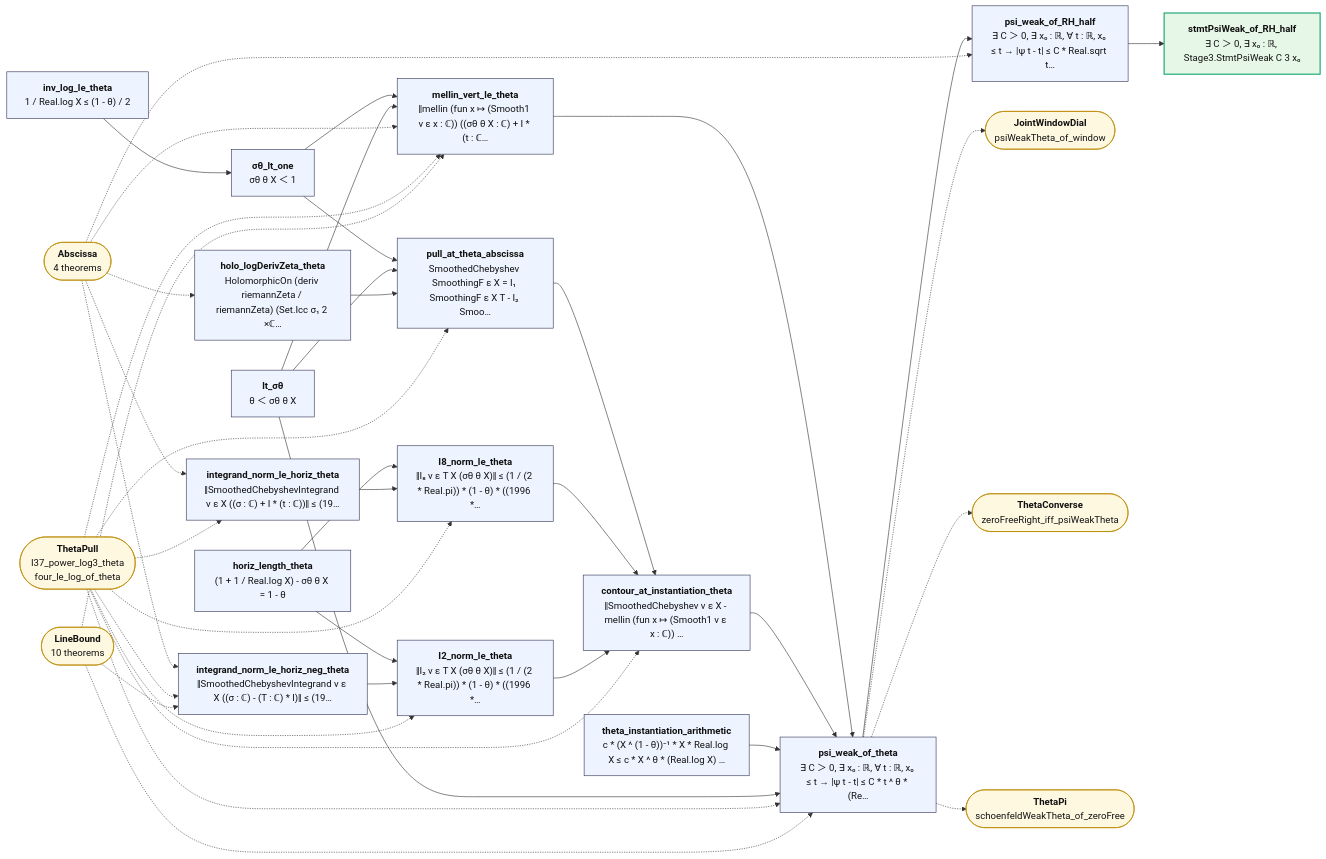
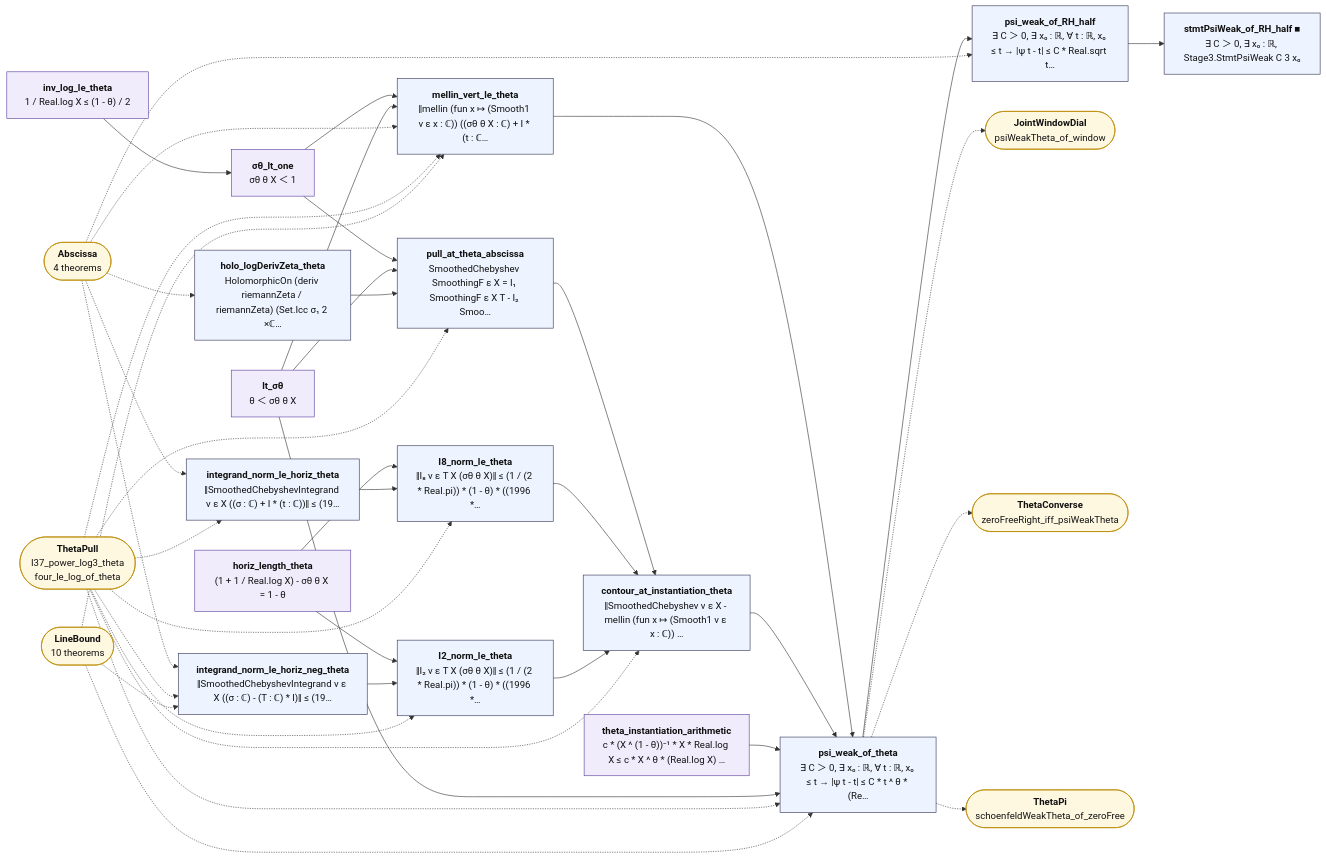
The diagram in map/lean_stage3/ThetaPsi.md (juliansambranojr/Primebeat_081426), drawn with Mermaid before and after one commit. The commit also changed other lines of this file and 398 other files, not shown here.

````diff
--- a/map/lean_stage3/ThetaPsi.md
+++ b/map/lean_stage3/ThetaPsi.md
@@ -12,68 +12,71 @@
 ```mermaid
 flowchart LR
-  n0["<b>inv_log_le_theta</b><br/>1 / Real.log X ≤ (1 - θ) / 2"]:::thm
-  n1["<b>σθ_lt_one</b><br/>σθ θ X ＜ 1"]:::thm
-  n2["<b>lt_σθ</b><br/>θ ＜ σθ θ X"]:::thm
-  n3["<b>horiz_length_theta</b><br/>(1 + 1 / Real.log X) - σθ θ X = 1 - θ"]:::thm
+  n0["<b>inv_log_le_theta</b><br/>1 / Real.log X ≤ (1 - θ) / 2"]:::shp
+  n1["<b>σθ_lt_one</b><br/>σθ θ X ＜ 1"]:::shp
+  n2["<b>lt_σθ</b><br/>θ ＜ σθ θ X"]:::shp
+  n3["<b>horiz_length_theta</b><br/>(1 + 1 / Real.log X) - σθ θ X = 1 - θ"]:::shp
   n4["<b>holo_logDerivZeta_theta</b><br/>HolomorphicOn (deriv riemannZeta / riemannZeta) (Set.Icc σ₁ 2 ×ℂ…"]:::thm
   n5["<b>pull_at_theta_abscissa</b><br/>SmoothedChebyshev SmoothingF ε X = I₁ SmoothingF ε X T - I₂ Smoo…"]:::thm
   n6["<b>integrand_norm_le_horiz_theta</b><br/>‖SmoothedChebyshevIntegrand ν ε X ((σ : ℂ) + I * (t : ℂ))‖ ≤ (19…"]:::thm
   n7["<b>integrand_norm_le_horiz_neg_theta</b><br/>‖SmoothedChebyshevIntegrand ν ε X ((σ : ℂ) - (T : ℂ) * I)‖ ≤ (19…"]:::thm
   n8["<b>I8_norm_le_theta</b><br/>‖I₈ ν ε T X (σθ θ X)‖ ≤ (1 / (2 * Real.pi)) * (1 - θ) * ((1996 *…"]:::thm
   n9["<b>I2_norm_le_theta</b><br/>‖I₂ ν ε T X (σθ θ X)‖ ≤ (1 / (2 * Real.pi)) * (1 - θ) * ((1996 *…"]:::thm
   n10["<b>mellin_vert_le_theta</b><br/>‖mellin (fun x ↦ (Smooth1 ν ε x : ℂ)) ((σθ θ X : ℂ) + I * (t : ℂ…"]:::thm
   n11["<b>contour_at_instantiation_theta</b><br/>‖SmoothedChebyshev ν ε X - mellin (fun x ↦ (Smooth1 ν ε x : ℂ)) …"]:::thm
-  n12["<b>theta_instantiation_arithmetic</b><br/>c * (X ^ (1 - θ))⁻¹ * X * Real.log X ≤ c * X ^ θ * (Real.log X) …"]:::thm
+  n12["<b>theta_instantiation_arithmetic</b><br/>c * (X ^ (1 - θ))⁻¹ * X * Real.log X ≤ c * X ^ θ * (Real.log X) …"]:::shp
   n13["<b>psi_weak_of_theta</b><br/>∃ C ＞ 0, ∃ x₀ : ℝ, ∀ t : ℝ, x₀ ≤ t → |ψ t - t| ≤ C * t ^ θ * (Re…"]:::thm
   n14["<b>psi_weak_of_RH_half</b><br/>∃ C ＞ 0, ∃ x₀ : ℝ, ∀ t : ℝ, x₀ ≤ t → |ψ t - t| ≤ C * Real.sqrt t…"]:::thm
-  n15["<b>stmtPsiWeak_of_RH_half</b><br/>∃ C ＞ 0, ∃ x₀ : ℝ, Stage3.StmtPsiWeak C 3 x₀"]:::end_
+  n15["<b>stmtPsiWeak_of_RH_half ■</b><br/>∃ C ＞ 0, ∃ x₀ : ℝ, Stage3.StmtPsiWeak C 3 x₀"]:::thm
   x0(["<b>Abscissa</b><br/>4 theorems"]):::ext
   x1(["<b>ThetaPull</b><br/>I37_power_log3_theta<br/>four_le_log_of_theta"]):::ext
   x2(["<b>LineBound</b><br/>10 theorems"]):::ext
   x3(["<b>JointWindowDial</b><br/>psiWeakTheta_of_window"]):::ext
   x4(["<b>ThetaConverse</b><br/>zeroFreeRight_iff_psiWeakTheta"]):::ext
   x5(["<b>ThetaPi</b><br/>schoenfeldWeakTheta_of_zeroFree"]):::ext
   n0 --> n1
   n1 --> n10
   n1 --> n5
   n10 --> n13
   n11 --> n13
   n12 --> n13
   n13 --> n14
   n14 --> n15
   n2 --> n10
   n2 --> n13
   n2 --> n5
   n3 --> n8
   n3 --> n9
   n4 --> n5
   n5 --> n11
   n6 --> n8
   n7 --> n9
   n8 --> n11
   n9 --> n11
   n13 -.-> x3
   n13 -.-> x4
   n13 -.-> x5
   x0 -.-> n10
   x0 -.-> n14
   x0 -.-> n4
   x0 -.-> n6
   x0 -.-> n7
   x1 -.-> n10
   x1 -.-> n11
   x1 -.-> n13
   x1 -.-> n5
   x1 -.-> n6
   x1 -.-> n7
   x1 -.-> n8
   x1 -.-> n9
   x2 -.-> n10
   x2 -.-> n13
   x2 -.-> n7
+  classDef cnt fill:#dff5ec,stroke:#17694a,color:#111
+  classDef shp fill:#f1ecfb,stroke:#5b3fa0,color:#111
+  classDef rh fill:#ffe5e5,stroke:#c22,color:#111,stroke-width:2px
   classDef thm fill:#eef4ff,stroke:#335,color:#111
   classDef end_ fill:#e7f7e7,stroke:#2a7,color:#111,stroke-width:2px
   classDef lone fill:#fff,stroke:#999,color:#111,stroke-dasharray:4 3
   classDef bad fill:#ffe5e5,stroke:#c22,color:#111,stroke-width:2px
   classDef ext fill:#fff8e1,stroke:#b80,color:#111
 ```
````
